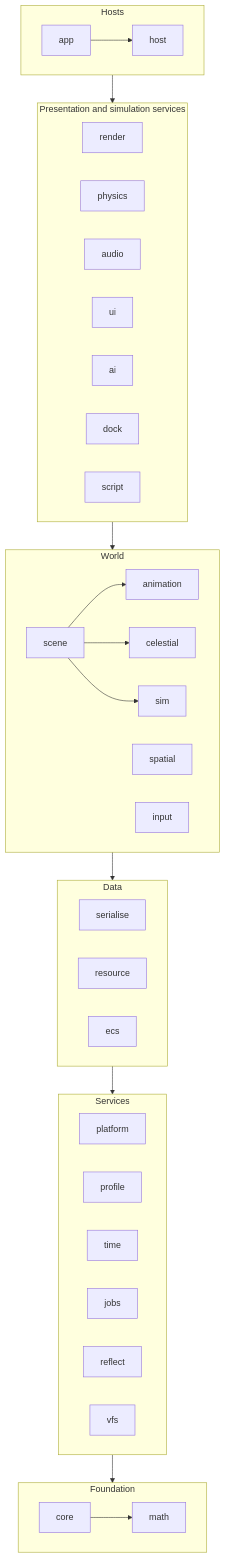
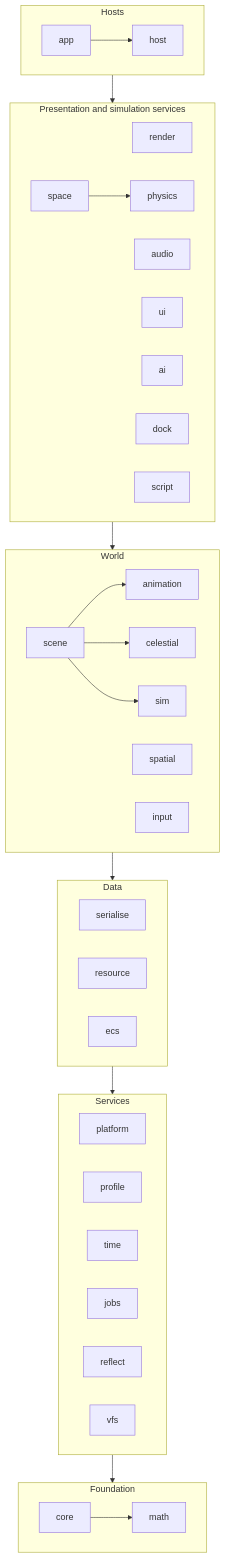
Before and after one commit to ivanhawkes/jettison: the diagram in docs/architecture.md, drawn with Mermaid. The commit also changed other lines of this file and 34 other files, not shown here.

First line of the commit message:
Physics: a frame's rails and gravity are the game's, and a star system is the space module's

````diff
--- a/docs/architecture.md
+++ b/docs/architecture.md
@@ -135,29 +136,30 @@
 ```mermaid
 flowchart TB
     subgraph T0[Foundation]
         core --> math
     end
     subgraph T1[Services]
         platform; profile; time; jobs; reflect; vfs
     end
     subgraph T2[Data]
         serialise; resource; ecs
     end
     subgraph T3[World]
         scene --> animation
         scene --> celestial
         scene --> sim
         sim; spatial; input
     end
     subgraph T4[Presentation and simulation services]
         render; physics; audio; ui; ai; dock; script
+        space --> physics
     end
     subgraph T5[Hosts]
         app --> host
     end
     T1 --> T0
     T2 --> T1
     T3 --> T2
     T4 --> T3
     T5 --> T4
 ```
````
